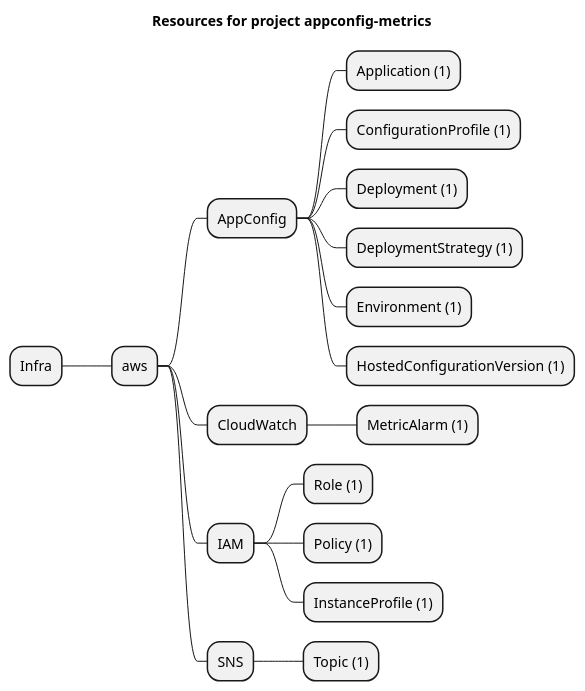
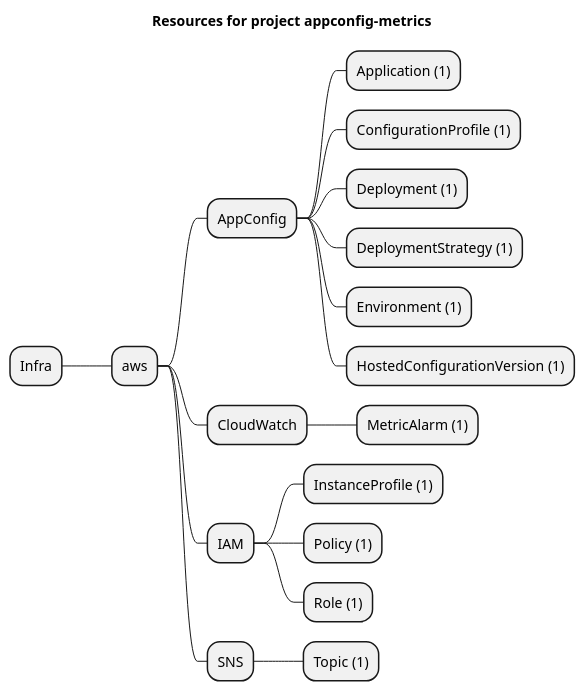
One commit to grucloud/grucloud changed the diagram in examples/aws/AppConfig/appconfig-metrics/artifacts/resources-mindmap.puml. Above: the diagram before and after it, drawn with PlantUML. The commit also changed other lines of this file and 202 other files, not shown here.

```diff
--- a/examples/aws/AppConfig/appconfig-metrics/artifacts/resources-mindmap.puml
+++ b/examples/aws/AppConfig/appconfig-metrics/artifacts/resources-mindmap.puml
@@ -1,21 +1,21 @@
 @startmindmap
 title Resources for project appconfig-metrics
 skinparam monochrome true
 + Infra
 ++ aws
 +++ AppConfig
 ++++ Application (1)
 ++++ ConfigurationProfile (1)
 ++++ Deployment (1)
 ++++ DeploymentStrategy (1)
 ++++ Environment (1)
 ++++ HostedConfigurationVersion (1)
 +++ CloudWatch
 ++++ MetricAlarm (1)
 +++ IAM
+++++ InstanceProfile (1)
+++++ Policy (1)
 ++++ Role (1)
-++++ Policy (1)
-++++ InstanceProfile (1)
 +++ SNS
 ++++ Topic (1)
 @endmindmap
```
